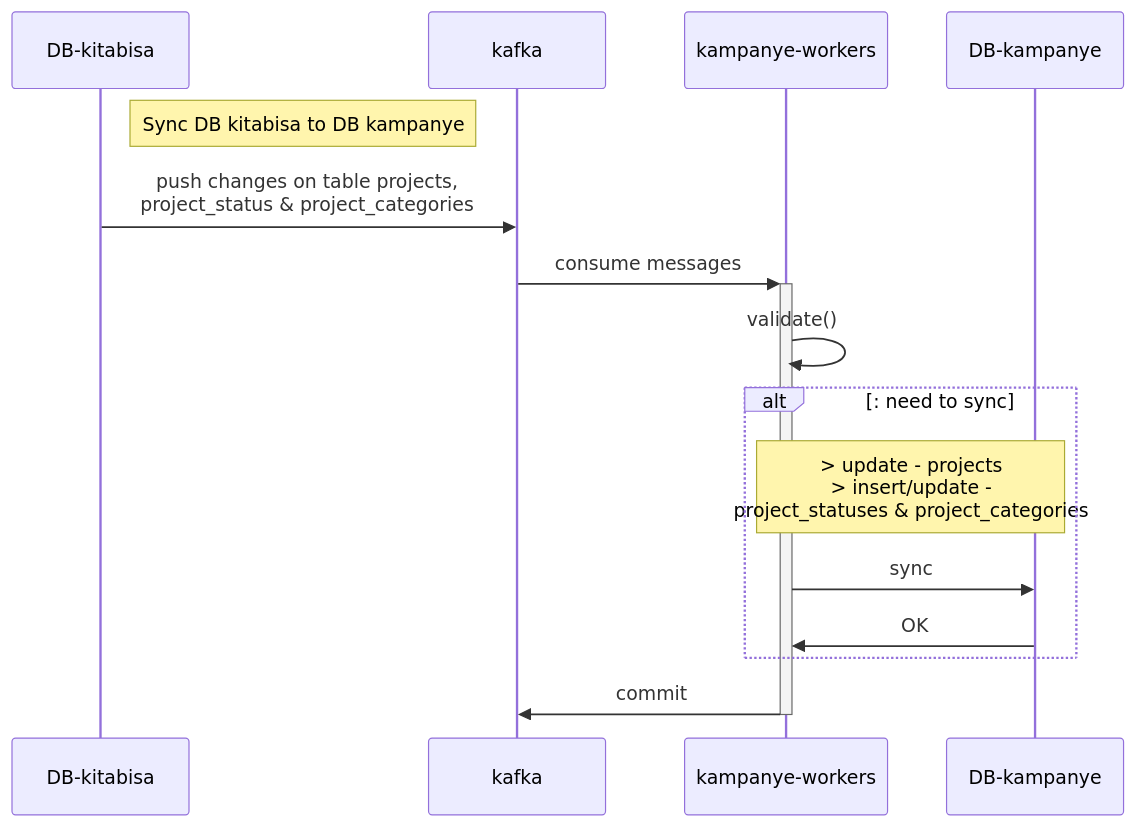
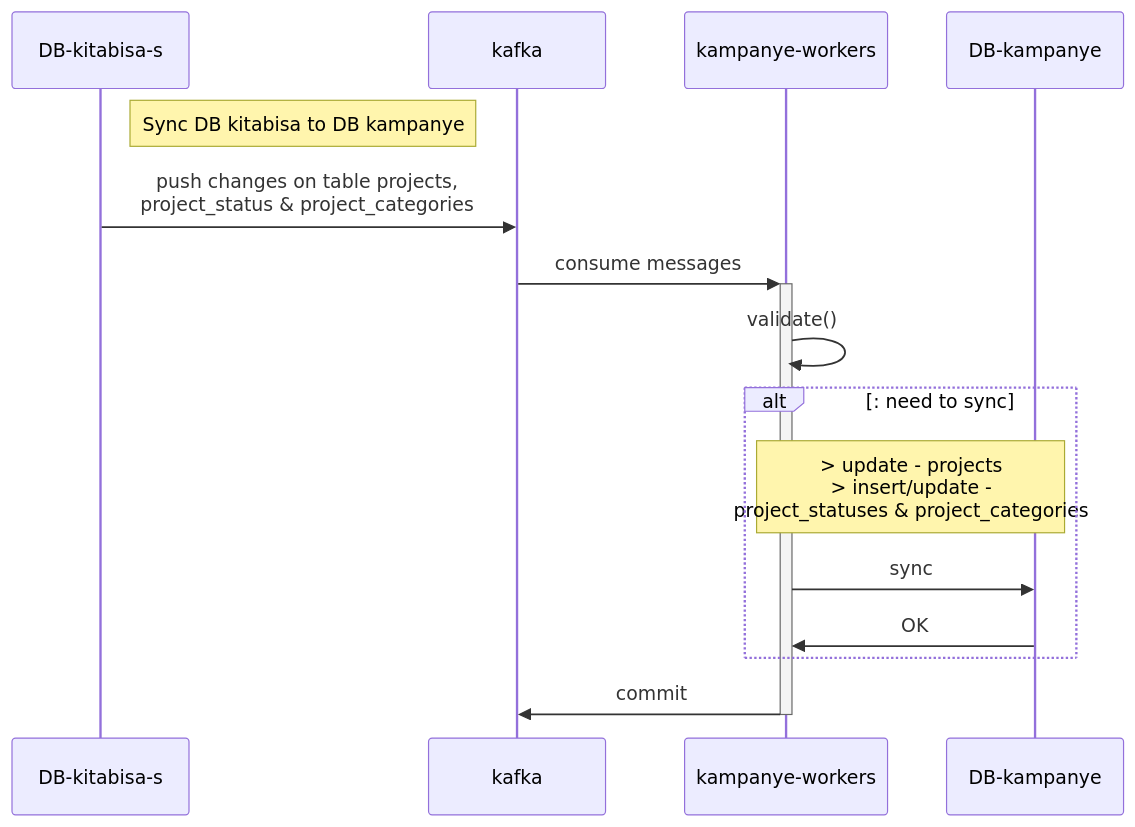
The diagram in docs/seq-sync_db.mmd (ardityawahyu/test-actions), drawn with Mermaid before and after one commit. The commit also changed 2 other files, not shown here.

```diff
--- a/docs/seq-sync_db.mmd
+++ b/docs/seq-sync_db.mmd
@@ -1,17 +1,17 @@
 sequenceDiagram
-    participant dbm as DB-kitabisa
+    participant dbm as DB-kitabisa-s
     participant kf as kafka
     participant kw as kampanye-workers
     participant db as DB-kampanye
     note right of dbm: Sync DB kitabisa to DB kampanye
     dbm->>kf: push changes on table projects, <br>project_status & project_categories
     
     kf->>+kw: consume messages
     kw->>kw: validate()
     alt: need to sync
     note over kw,db: > update - projects<br> > insert/update - <br>project_statuses & project_categories
     kw->>db: sync
     db->>kw: OK
     end
     kw->>kf: commit
     deactivate kw
```
